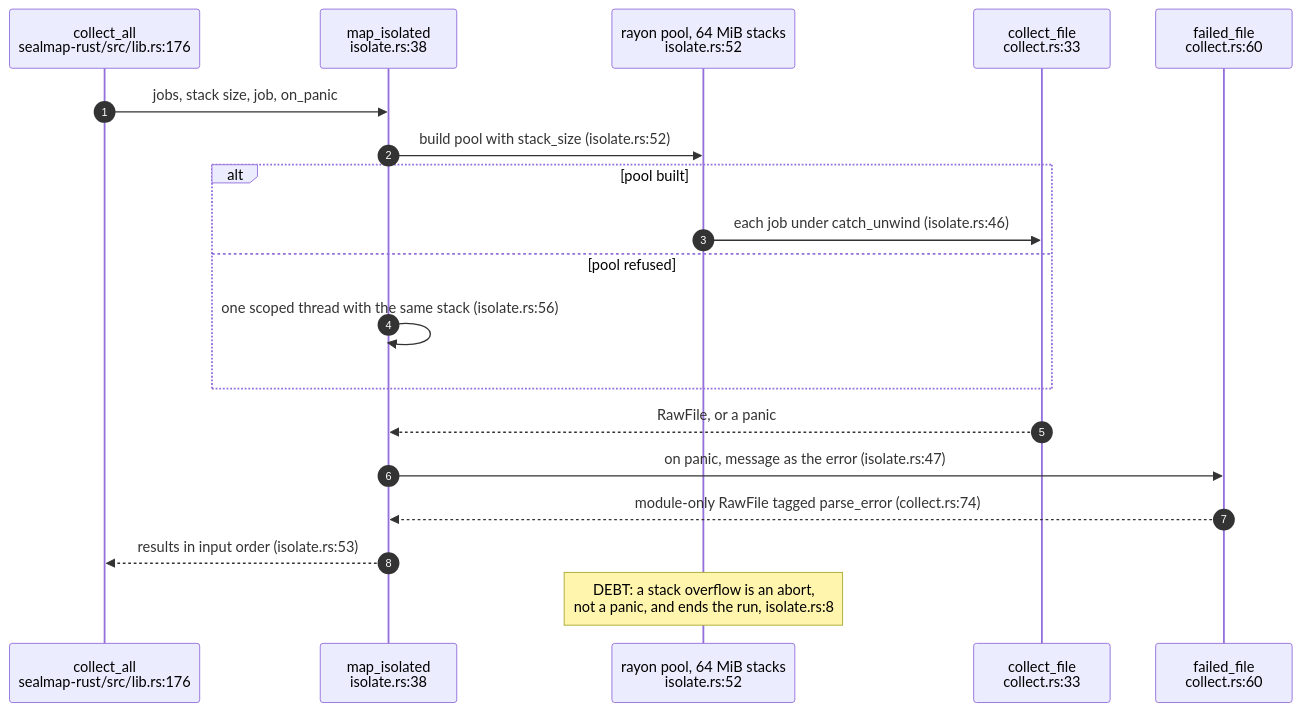
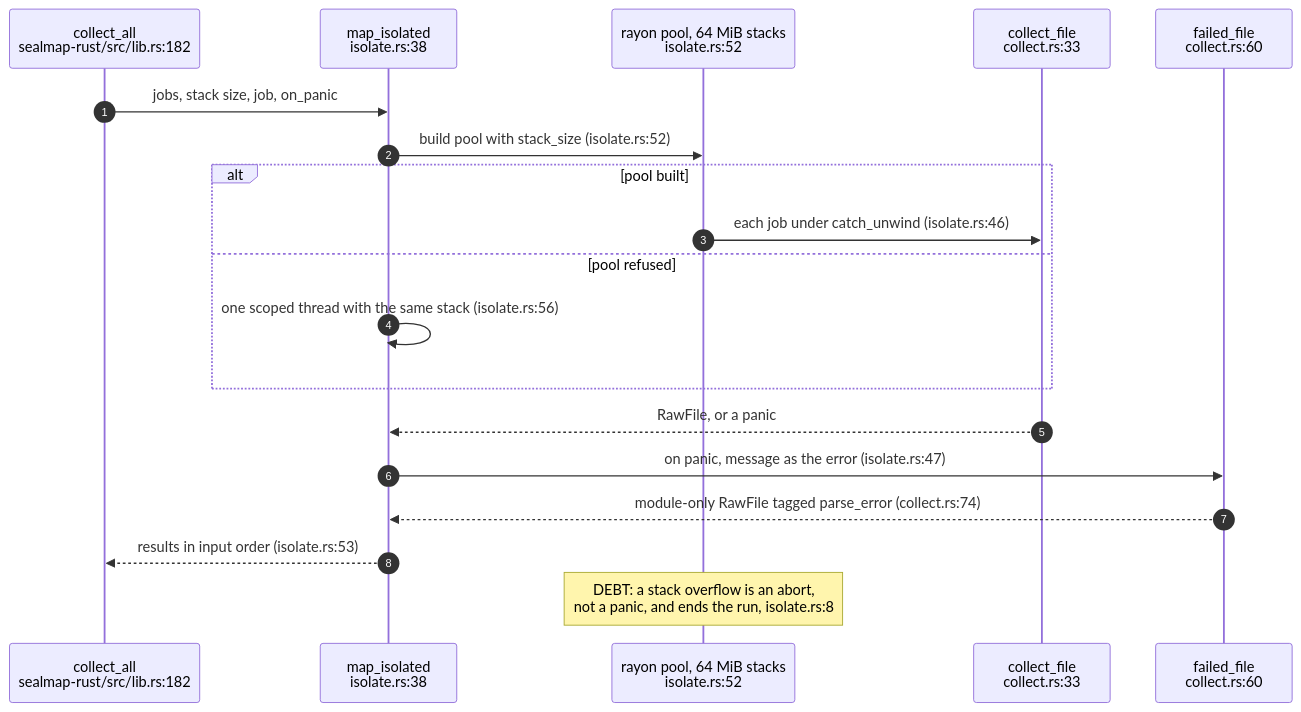
One commit to DreamLab-AI/codemaid changed the third of 5 diagrams in docs/diagrams/extract/01-the-adapter-pipeline.md. Above: the diagram before and after it, drawn with Mermaid. The commit also changed other lines of this file and 21 other files, not shown here.

````diff
--- a/docs/diagrams/extract/01-the-adapter-pipeline.md
+++ b/docs/diagrams/extract/01-the-adapter-pipeline.md
@@ -138,21 +149,21 @@
 ```mermaid
 sequenceDiagram
     autonumber
-    participant CA as collect_all<br/>sealmap-rust/src/lib.rs:176
+    participant CA as collect_all<br/>sealmap-rust/src/lib.rs:182
     participant MI as map_isolated<br/>isolate.rs:38
     participant RP as rayon pool, 64 MiB stacks<br/>isolate.rs:52
     participant CF as collect_file<br/>collect.rs:33
     participant FF as failed_file<br/>collect.rs:60
     CA->>MI: jobs, stack size, job, on_panic
     MI->>RP: build pool with stack_size (isolate.rs:52)
     alt pool built
         RP->>CF: each job under catch_unwind (isolate.rs:46)
     else pool refused
         MI->>MI: one scoped thread with the same stack (isolate.rs:56)
     end
     CF-->>MI: RawFile, or a panic
     MI->>FF: on panic, message as the error (isolate.rs:47)
     FF-->>MI: module-only RawFile tagged parse_error (collect.rs:74)
     MI-->>CA: results in input order (isolate.rs:53)
     Note over RP: DEBT: a stack overflow is an abort,<br/>not a panic, and ends the run, isolate.rs:8
 ```
````
